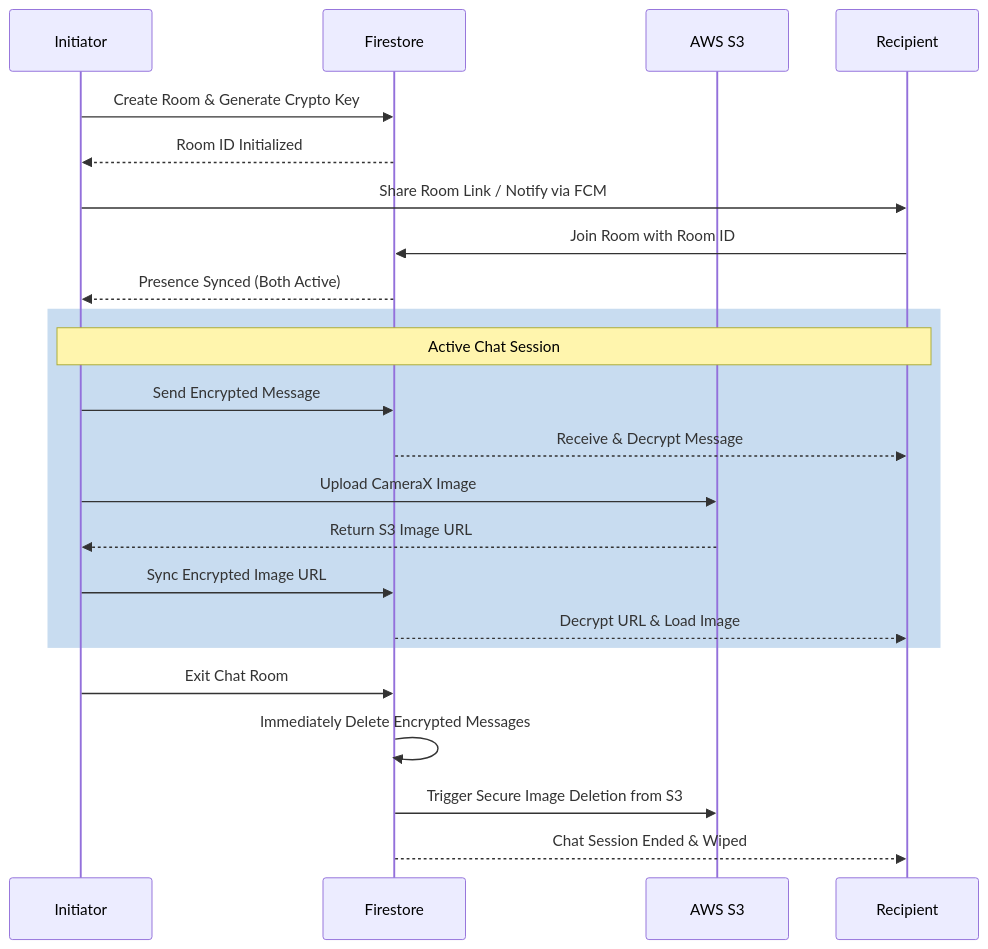
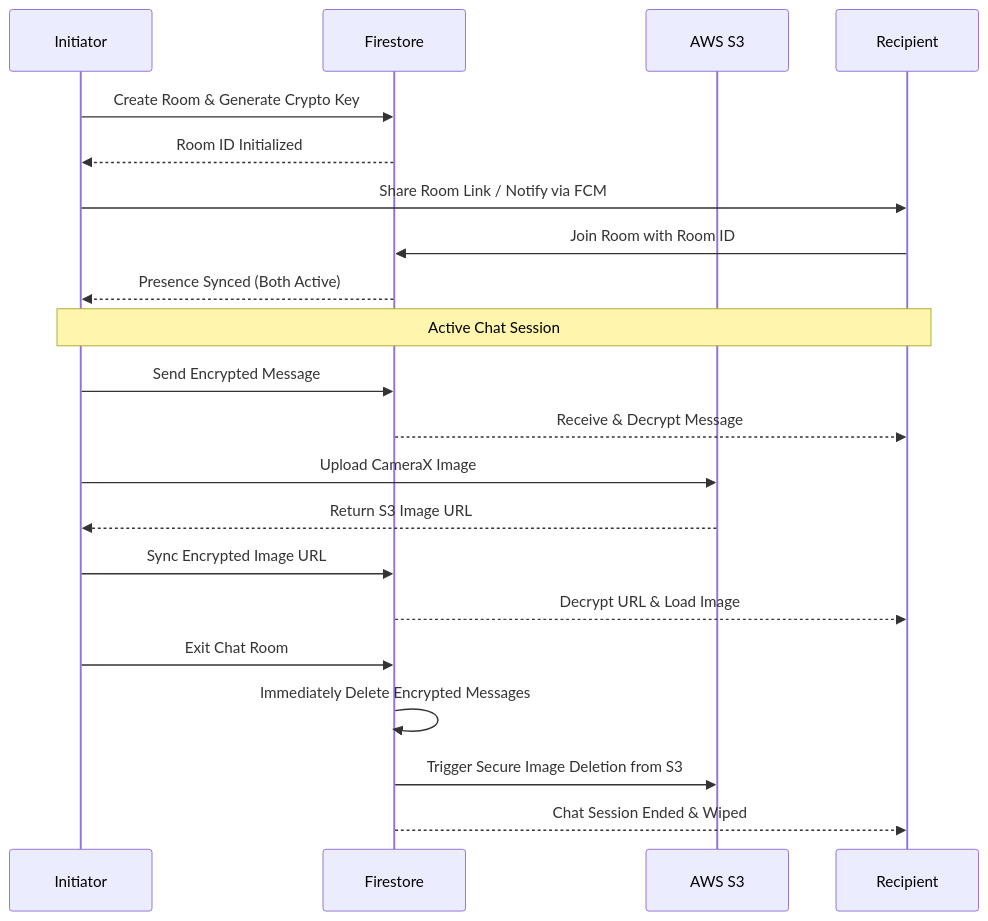
The second of 2 diagrams in README.md (amEya911/BlinkChat), drawn with Mermaid before and after one commit.

Commit message:
Fixed sequence diagram readability in dark mode

````diff
--- a/README.md
+++ b/README.md
@@ -85,28 +85,26 @@
 ```mermaid
 sequenceDiagram
     participant UserA as Initiator
     participant Firebase as Firestore
     participant AWS as AWS S3
     participant UserB as Recipient
 
     UserA->>Firebase: Create Room & Generate Crypto Key
     Firebase-->>UserA: Room ID Initialized
     UserA->>UserB: Share Room Link / Notify via FCM
     UserB->>Firebase: Join Room with Room ID
     Firebase-->>UserA: Presence Synced (Both Active)
     
-    rect rgb(200, 220, 240)
-        Note over UserA,UserB: Active Chat Session
-        UserA->>Firebase: Send Encrypted Message
-        Firebase-->>UserB: Receive & Decrypt Message
-        UserA->>AWS: Upload CameraX Image
-        AWS-->>UserA: Return S3 Image URL
-        UserA->>Firebase: Sync Encrypted Image URL
-        Firebase-->>UserB: Decrypt URL & Load Image
-    end
+    Note over UserA,UserB: Active Chat Session
+    UserA->>Firebase: Send Encrypted Message
+    Firebase-->>UserB: Receive & Decrypt Message
+    UserA->>AWS: Upload CameraX Image
+    AWS-->>UserA: Return S3 Image URL
+    UserA->>Firebase: Sync Encrypted Image URL
+    Firebase-->>UserB: Decrypt URL & Load Image
 
     UserA->>Firebase: Exit Chat Room
     Firebase->>Firebase: Immediately Delete Encrypted Messages
     Firebase->>AWS: Trigger Secure Image Deletion from S3
     Firebase-->>UserB: Chat Session Ended & Wiped
 ```
````
